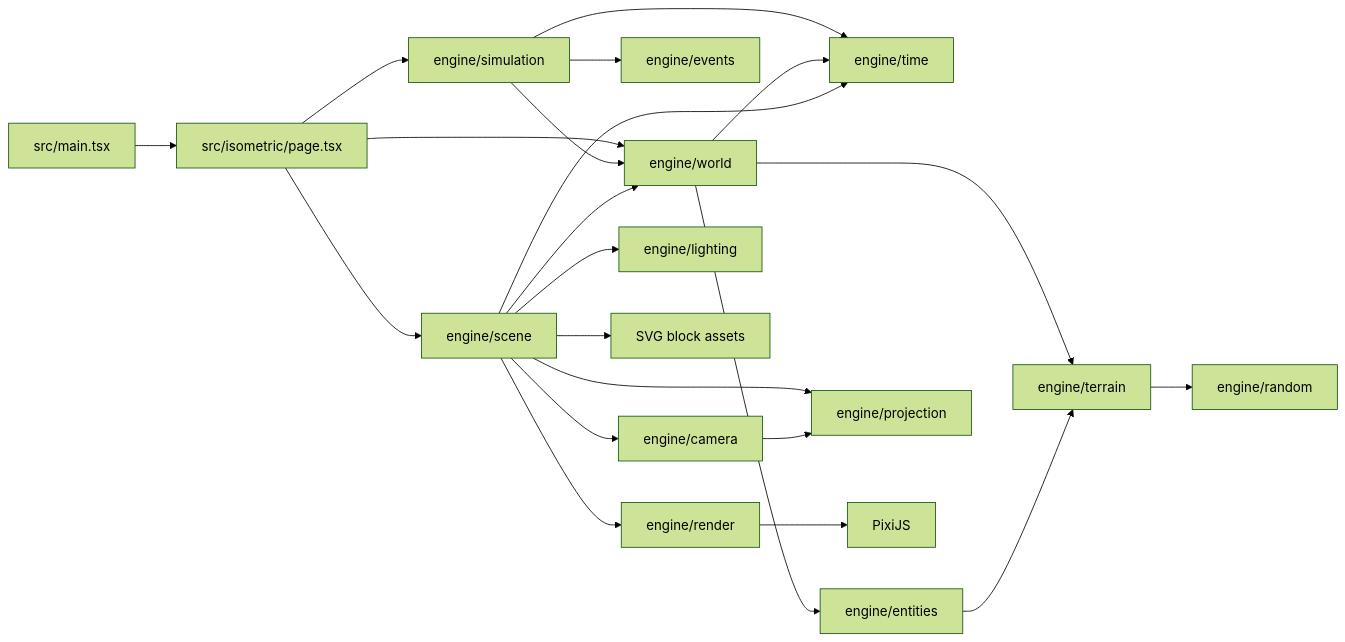
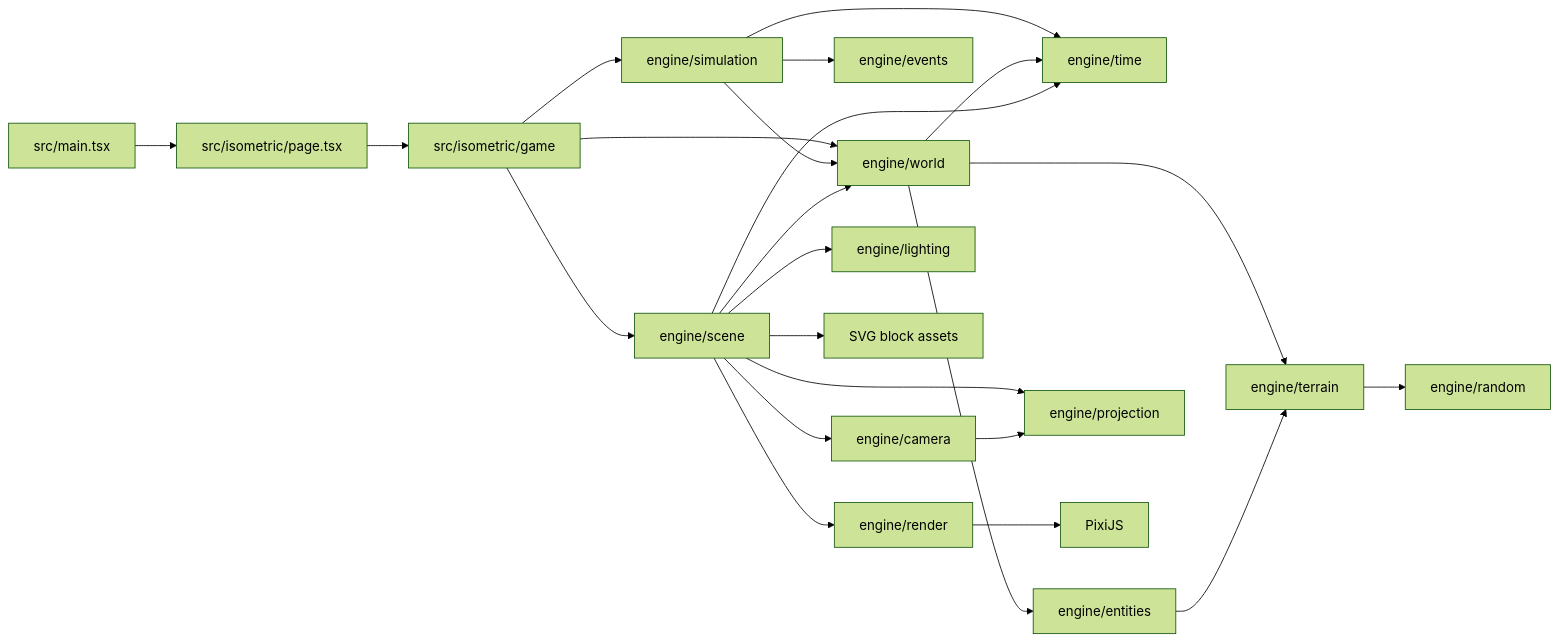
The diagram in ARCHITECTURE.md (alexsantos-eth/armada-engine), drawn with Mermaid (forest theme) before and after one commit. The commit also changed other lines of this file and 10 other files, not shown here.

First line of the commit message:
refactor(page): move game startup into an app layer

````diff
--- a/ARCHITECTURE.md
+++ b/ARCHITECTURE.md
@@ -9,24 +9,25 @@
 ```mermaid
 flowchart LR
   Main[src/main.tsx] --> Page[src/isometric/page.tsx]
-  Page --> World[engine/world]
-  Page --> Scene[engine/scene]
-  Page --> Simulation[engine/simulation]
+  Page --> Game[src/isometric/game]
+  Game --> World[engine/world]
+  Game --> Scene[engine/scene]
+  Game --> Simulation[engine/simulation]
   Simulation --> World
   Simulation --> Time
   Simulation --> Events[engine/events]
   World --> Entities[engine/entities]
   World --> Terrain[engine/terrain]
   World --> Time[engine/time]
   Entities --> Terrain
   Terrain --> Random[engine/random]
   Scene --> World
   Scene --> Projection[engine/projection]
   Scene --> Camera[engine/camera]
   Camera --> Projection
   Scene --> Render[engine/render]
   Scene --> Time
   Scene --> Lighting[engine/lighting]
   Render --> Pixi[PixiJS]
   Scene --> Assets[SVG block assets]
 ```
````
